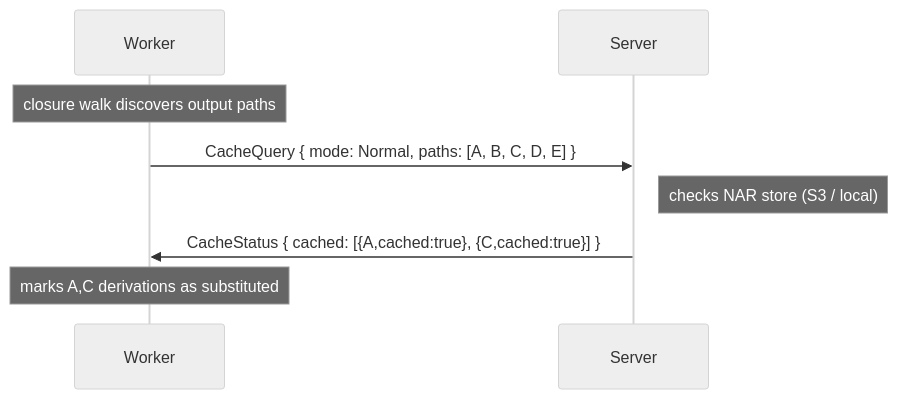
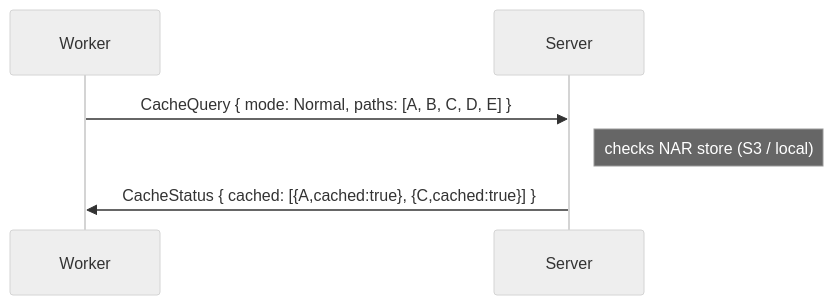
One commit to wavelens/gradient changed diagram 12 of 26 in docs/src/development/proto.md. Above: the diagram before and after it, drawn with Mermaid (neutral theme). The commit also changed other lines of this file and 4 other files, not shown here.

````diff
--- a/docs/src/development/proto.md
+++ b/docs/src/development/proto.md
@@ -674,11 +673,9 @@
 ```mermaid
 sequenceDiagram
     participant W as Worker
     participant S as Server
 
-    Note over W: closure walk discovers output paths
     W->>S: CacheQuery { mode: Normal, paths: [A, B, C, D, E] }
     Note right of S: checks NAR store (S3 / local)
     S->>W: CacheStatus { cached: [{A,cached:true}, {C,cached:true}] }
-    Note over W: marks A,C derivations as substituted
 ```
````
